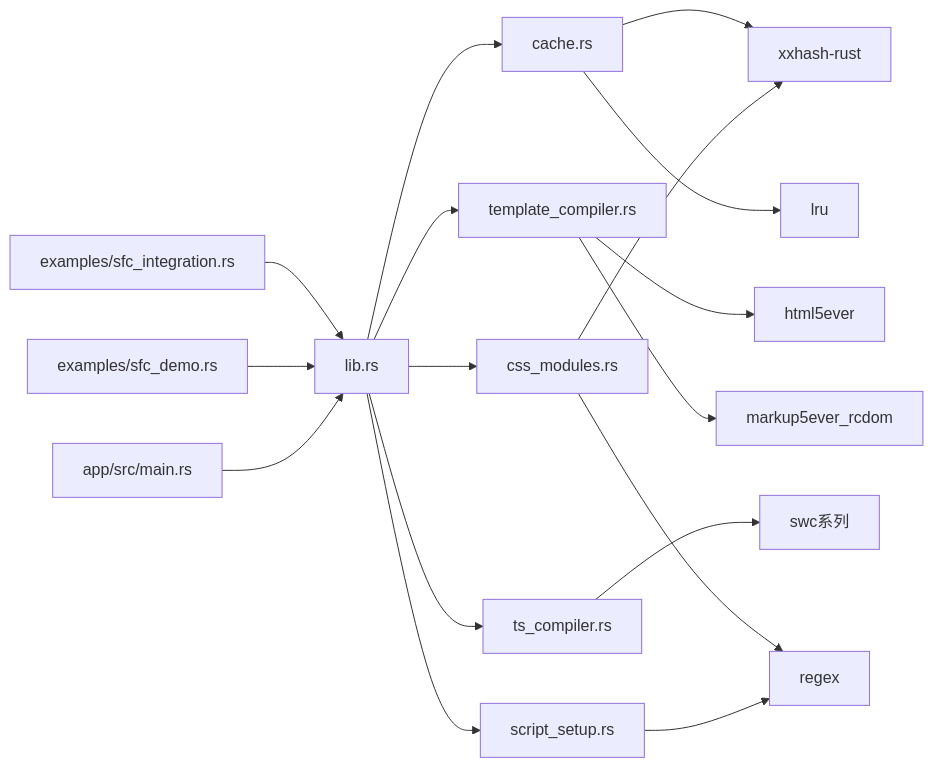
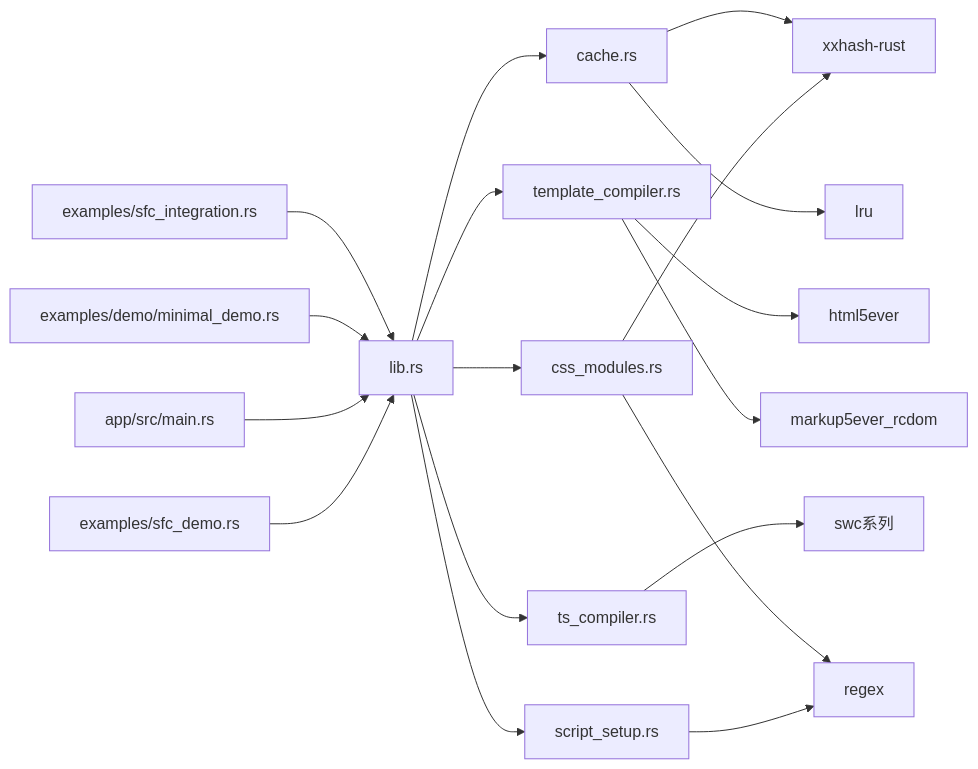
One commit to itszzl-sudo/iris changed diagram 12 of 14 in .qoder/repowiki/zh/content/技术架构详解/即时转译系统/SFC编译器初始化机制/SFC集成示例.md. Above: the diagram before and after it, drawn with Mermaid. The commit also changed other lines of this file and 7 other files, not shown here.

````diff
--- a/.qoder/repowiki/zh/content/技术架构详解/即时转译系统/SFC编译器初始化机制/SFC集成示例.md
+++ b/.qoder/repowiki/zh/content/技术架构详解/即时转译系统/SFC编译器初始化机制/SFC集成示例.md
@@ -455,19 +508,20 @@
 ```mermaid
 graph LR
 LIB[lib.rs] --> CACHE[cache.rs]
 LIB --> TEMPLATE[template_compiler.rs]
 LIB --> TS[ts_compiler.rs]
 LIB --> CSS[css_modules.rs]
 LIB --> SETUP[script_setup.rs]
 CACHE --> XXHASH[xxhash-rust]
 CACHE --> LRU[lru]
 TEMPLATE --> HTML5EVER[html5ever]
 TEMPLATE --> MARKUP5EVER[markup5ever_rcdom]
 TS --> SWC[swc系列]
 CSS --> REGEX[regex]
 CSS --> XXHASH
 SETUP --> REGEX
 APP[examples/sfc_integration.rs] --> LIB
+MINIMAL[examples/demo/minimal_demo.rs] --> LIB
+MAIN[app/src/main.rs] --> LIB
 DEMO[examples/sfc_demo.rs] --> LIB
-MAIN[app/src/main.rs] --> LIB
 ```
````
